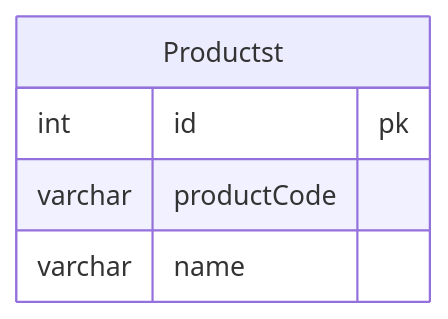
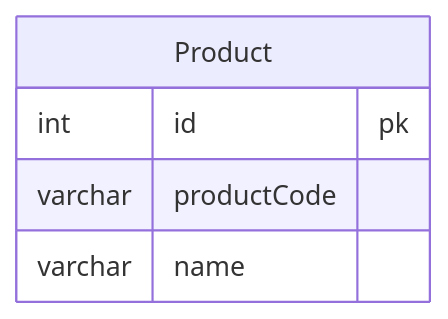
Before and after one commit to zyumax/pc_task: the diagram in アンチパターン8/課題2.md, drawn with Mermaid.

Commit message:
誤字修正

````diff
--- a/アンチパターン8/課題2.md
+++ b/アンチパターン8/課題2.md
@@ -6,8 +6,8 @@
 ```mermaid
 erDiagram
-Productst {
+Product {
   int id pk
   varchar productCode
   varchar name
 }
 ```
````
